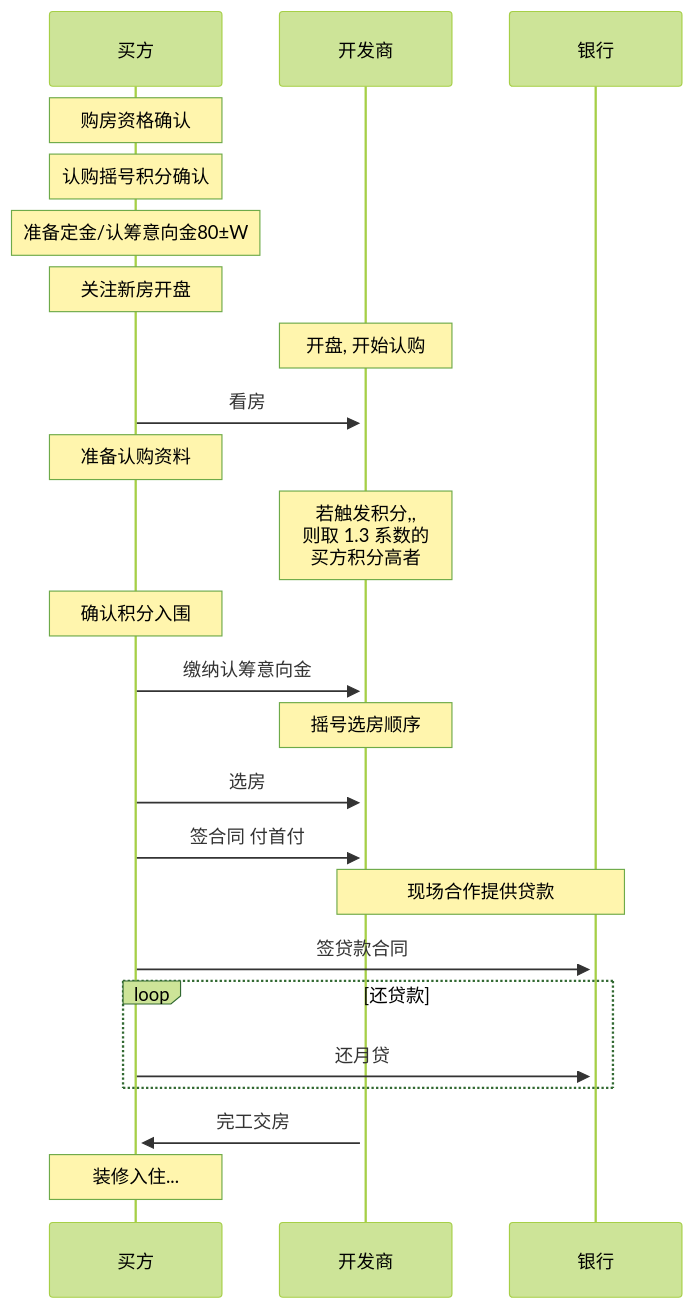
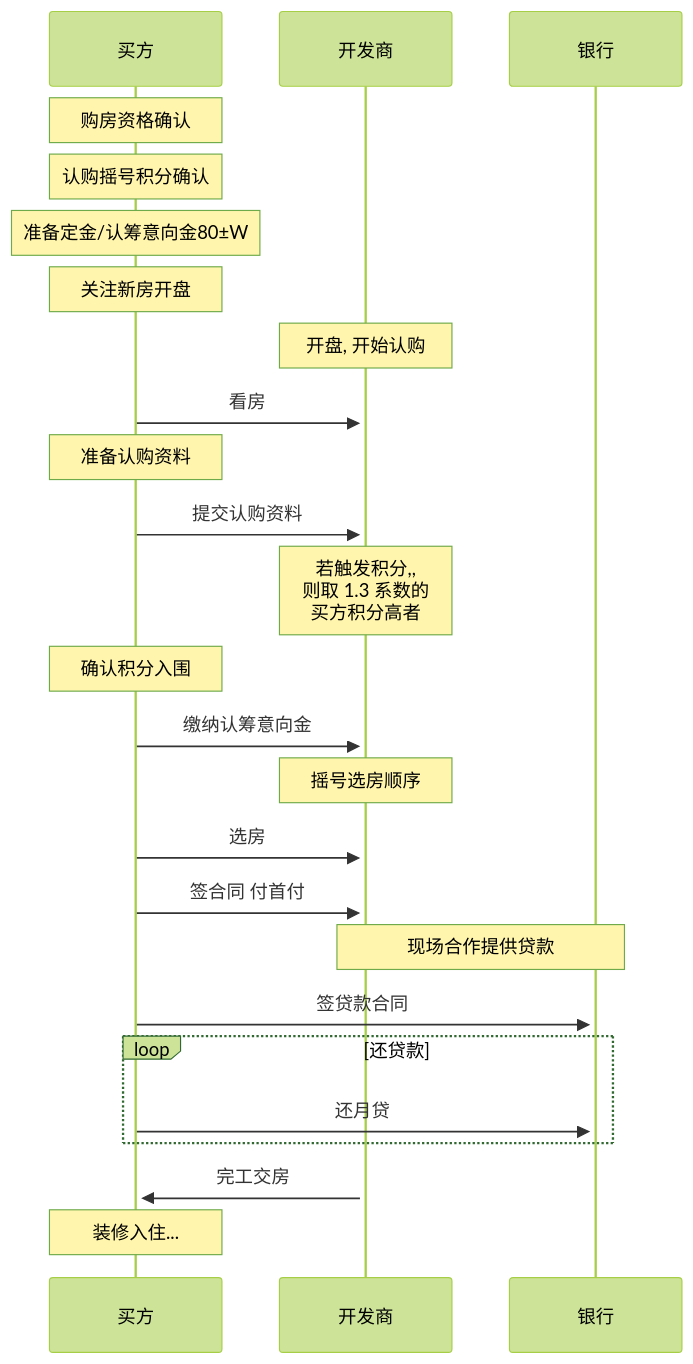
One commit to junxnone/F changed the first of 2 diagrams in docs/购房流程.md. Above: the diagram before and after it, drawn with Mermaid (forest theme). The commit also changed other lines of this file, not shown here.

````diff
--- a/docs/购房流程.md
+++ b/docs/购房流程.md
@@ -11,27 +11,28 @@
 ```mermaid
 sequenceDiagram
     participant 买方 
     participant 开发商
     participant 银行
     Note over 买方: 购房资格确认
     Note over 买方: 认购摇号积分确认
     Note over 买方: 准备定金/认筹意向金80±W
     Note over 买方: 关注新房开盘
     Note over 开发商: 开盘, 开始认购
     买方->>+开发商: 看房
     Note over 买方: 准备认购资料
+    买方->>+开发商: 提交认购资料
     Note over 开发商: 若触发积分,,<br>则取 1.3 系数的<br>买方积分高者
     Note over 买方: 确认积分入围
     买方->>+开发商: 缴纳认筹意向金
     Note over 开发商: 摇号选房顺序
     买方->>+开发商: 选房
     买方->>+开发商: 签合同 付首付
     Note over 银行,开发商: 现场合作提供贷款
     买方->>+银行: 签贷款合同
     loop 还贷款
     买方->>+银行: 还月贷
     end 
     开发商->>+买方: 完工交房
     Note over 买方: 装修入住...
 
 ```
````
